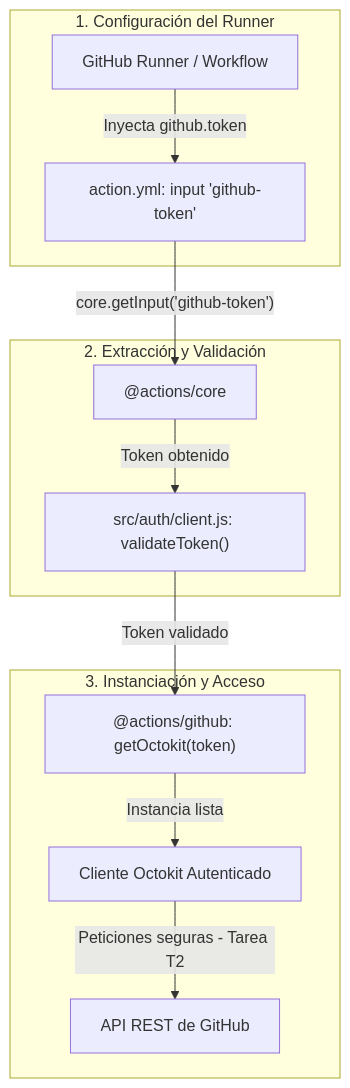
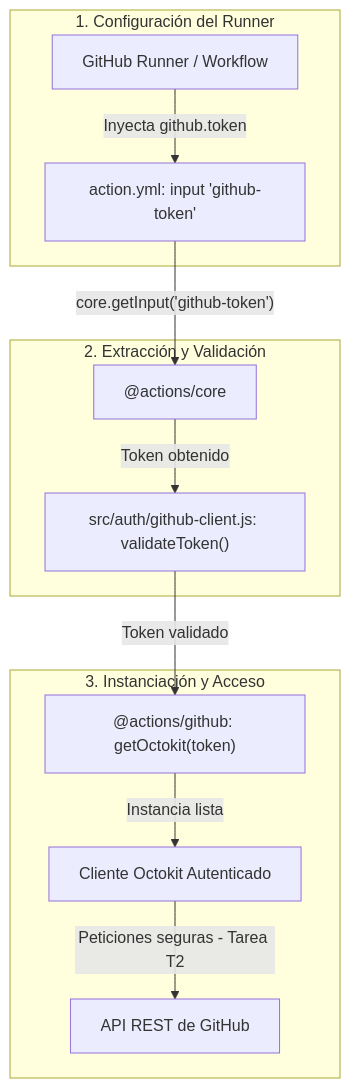
The diagram in docs/autenticacion.md (Aoex2612/Proyecto-GPS), drawn with Mermaid before and after one commit. The commit also changed other lines of this file and 2 other files, not shown here.

Commit message:
fix: endurecer resolución de token y opciones de Octokit

````diff
--- a/docs/autenticacion.md
+++ b/docs/autenticacion.md
@@ -11,17 +11,17 @@
 ```mermaid
 flowchart TD
     subgraph Config["1. Configuración del Runner"]
         A["GitHub Runner / Workflow"] -->|"Inyecta github.token"| B["action.yml: input 'github-token'"]
     end
 
     subgraph Resolucion["2. Extracción y Validación"]
         B -->|"core.getInput('github-token')"| C["@actions/core"]
-        C -->|"Token obtenido"| D["src/auth/client.js: validateToken()"]
+        C -->|"Token obtenido"| D["src/auth/github-client.js: validateToken()"]
     end
 
     subgraph Autenticacion["3. Instanciación y Acceso"]
         D -->|"Token validado"| E["@actions/github: getOctokit(token)"]
         E -->|"Instancia lista"| F["Cliente Octokit Autenticado"]
         F -->|"Peticiones seguras - Tarea T2"| G["API REST de GitHub"]
     end
 ```
````
